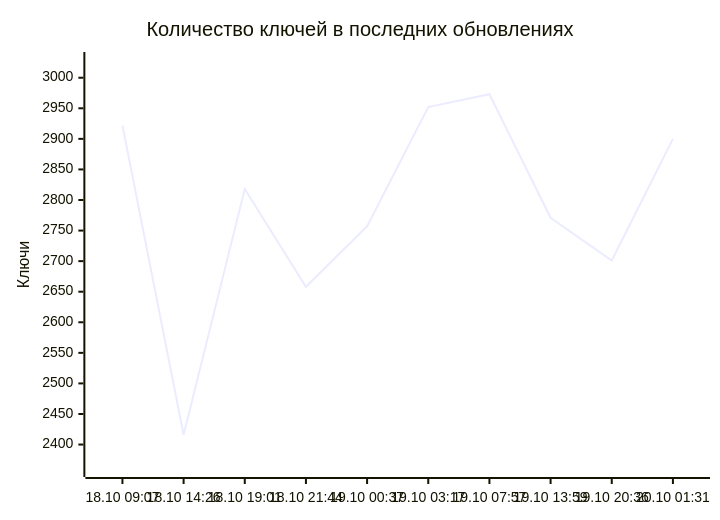
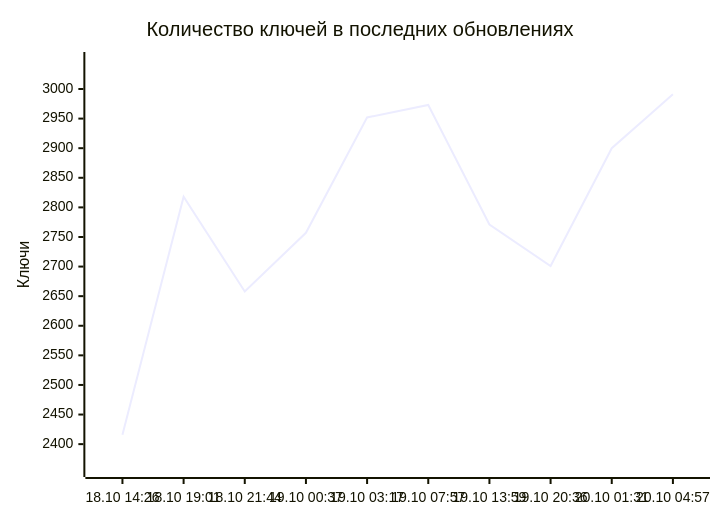
The diagram in README.md (markKikhtenko/WireVeil), drawn with Mermaid before and after one commit. The commit also changed other lines of this file and 12 other files, not shown here.

````diff
--- a/README.md
+++ b/README.md
@@ -55,7 +55,7 @@
 ```mermaid
 xychart-beta
     title "Количество ключей в последних обновлениях"
-    x-axis ["18.10 09:07", "18.10 14:26", "18.10 19:01", "18.10 21:44", "19.10 00:37", "19.10 03:17", "19.10 07:57", "19.10 13:59", "19.10 20:36", "20.10 01:31"]
-    y-axis "Ключи" 2360 --> 3029
-    line [2922, 2416, 2818, 2658, 2757, 2952, 2973, 2771, 2701, 2900]
+    x-axis ["18.10 14:26", "18.10 19:01", "18.10 21:44", "19.10 00:37", "19.10 03:17", "19.10 07:57", "19.10 13:59", "19.10 20:36", "20.10 01:31", "20.10 04:57"]
+    y-axis "Ключи" 2358 --> 3049
+    line [2416, 2818, 2658, 2757, 2952, 2973, 2771, 2701, 2900, 2991]
 ```
````
